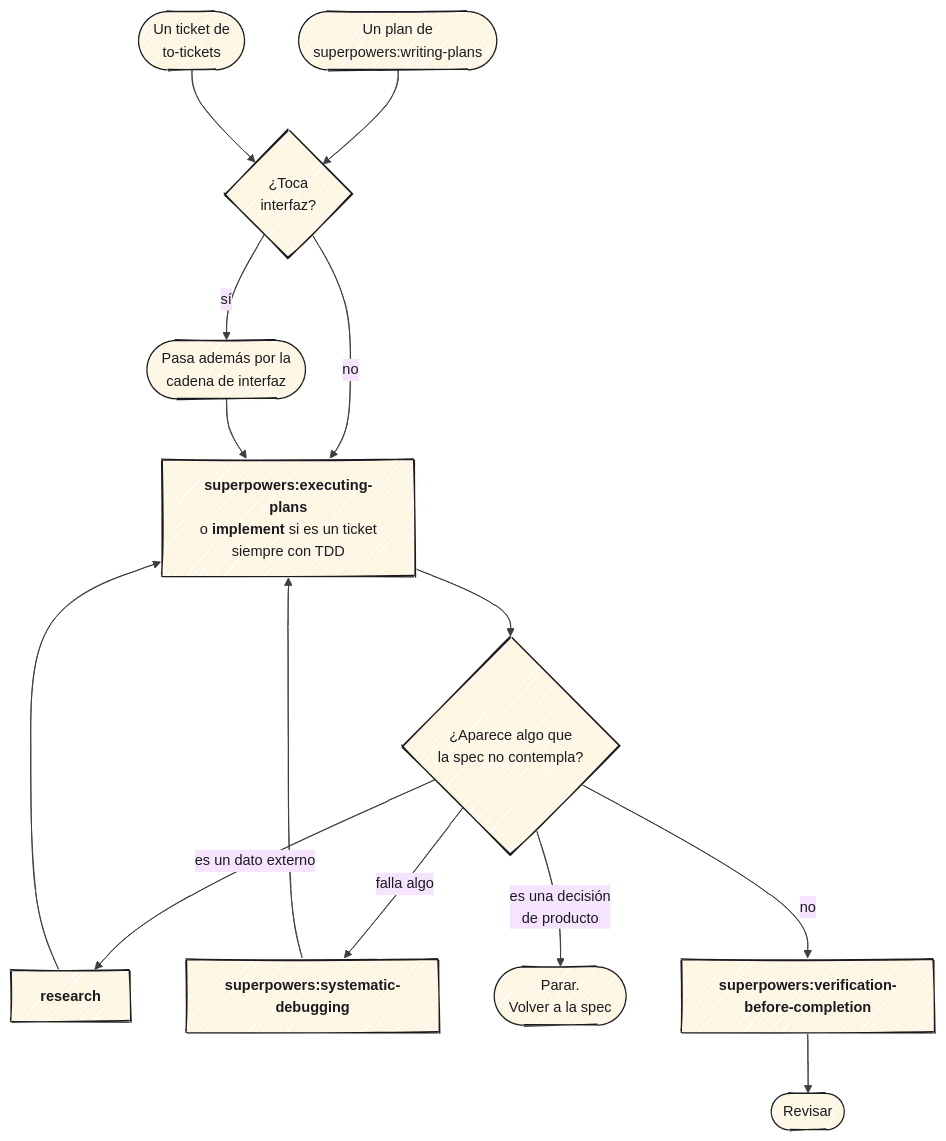
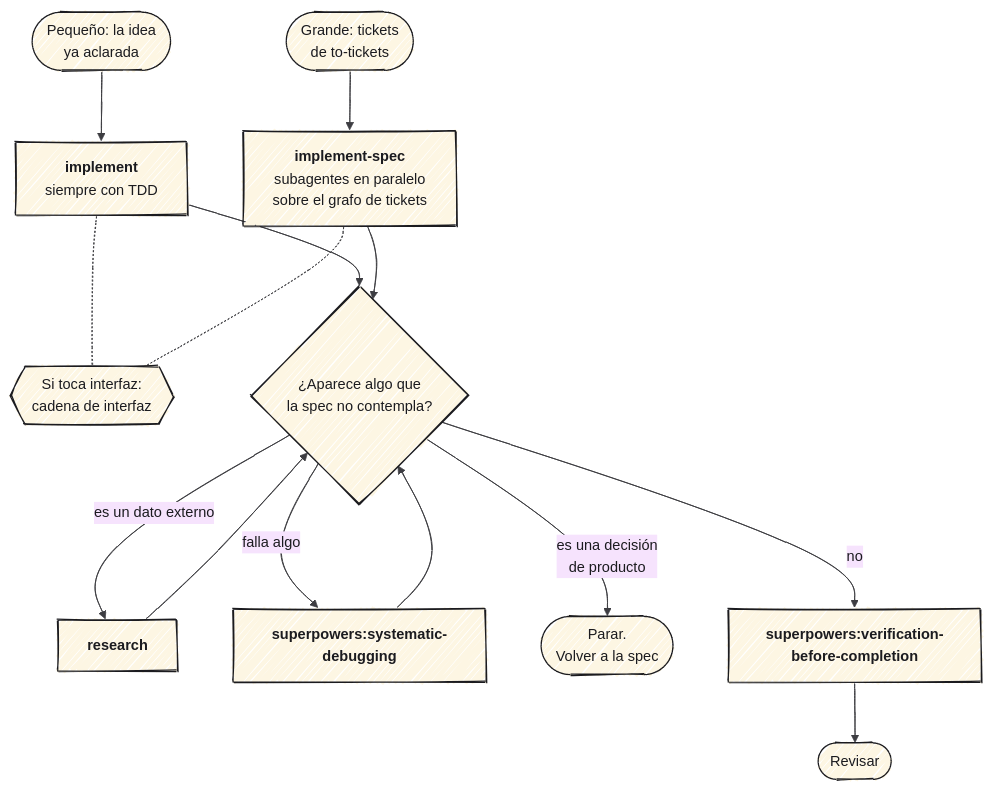
The diagram in docs/img/02-implementar.mmd (damiangilgonzalez1995/rsc-harness), drawn with Mermaid before and after one commit. The commit also changed 14 other files, not shown here.

First line of the commit message:
📝 docs(flujo): mapa de implementación por tamaño y guías sin writing-plans ni executing-plans

```diff
--- a/docs/img/02-implementar.mmd
+++ b/docs/img/02-implementar.mmd
@@ -1,35 +1,34 @@
 ---
 config:
   look: handDrawn
   handDrawnSeed: 7
   theme: base
   themeVariables:
     fontFamily: "Segoe UI, sans-serif"
     fontSize: "15px"
     primaryColor: "#FDF6E3"
     primaryTextColor: "#1b1b1f"
     primaryBorderColor: "#1b1b1f"
     lineColor: "#3d3d42"
   flowchart:
     curve: basis
     nodeSpacing: 55
     rankSpacing: 60
 ---
 
 flowchart TD
-    IN1(["Un plan de<br/>superpowers:writing-plans"]) --> Q0
-    IN2(["Un ticket de<br/>to-tickets"]) --> Q0
+    IN1(["Pequeño: la idea<br/>ya aclarada"]) --> IM["<b>implement</b><br/>siempre con TDD"]
+    IN2(["Grande: tickets<br/>de to-tickets"]) --> IS["<b>implement-spec</b><br/>subagentes en paralelo<br/>sobre el grafo de tickets"]
 
-    Q0{"¿Toca<br/>interfaz?"}
-    Q0 -->|no| EX["<b>superpowers:executing-plans</b><br/>o <b>implement</b> si es un ticket<br/>siempre con TDD"]
-    Q0 -->|sí| UI(["Pasa además por la<br/>cadena de interfaz"])
-    UI --> EX
+    IM -.- UI{{"Si toca interfaz:<br/>cadena de interfaz"}}
+    IS -.- UI
 
-    EX --> Q{"¿Aparece algo que<br/>la spec no contempla?"}
+    IM --> Q{"¿Aparece algo que<br/>la spec no contempla?"}
+    IS --> Q
     Q -->|"es un dato externo"| RS["<b>research</b>"]
-    RS --> EX
+    RS --> Q
     Q -->|"falla algo"| DBG["<b>superpowers:systematic-debugging</b>"]
-    DBG --> EX
+    DBG --> Q
     Q -->|"es una decisión<br/>de producto"| BACK(["Parar.<br/>Volver a la spec"])
     Q -->|no| VER["<b>superpowers:verification-before-completion</b>"]
     VER --> OUT(["Revisar"])
```
